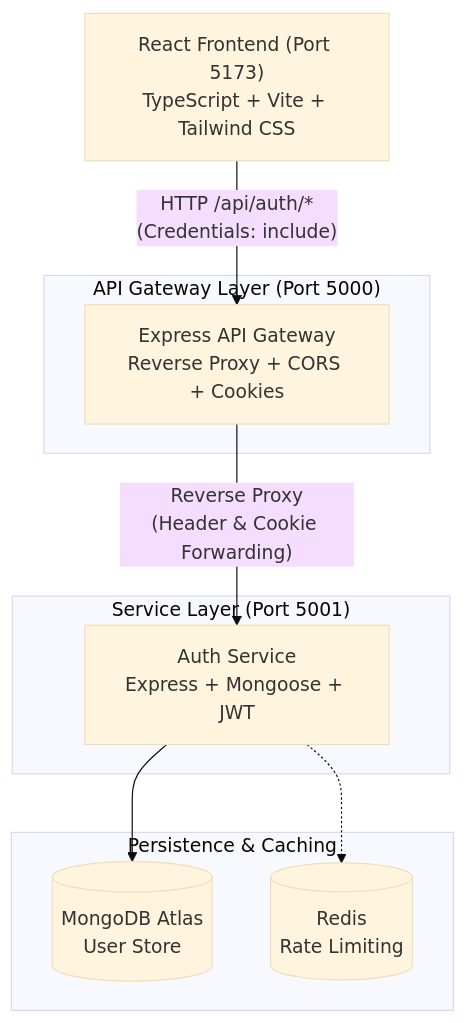
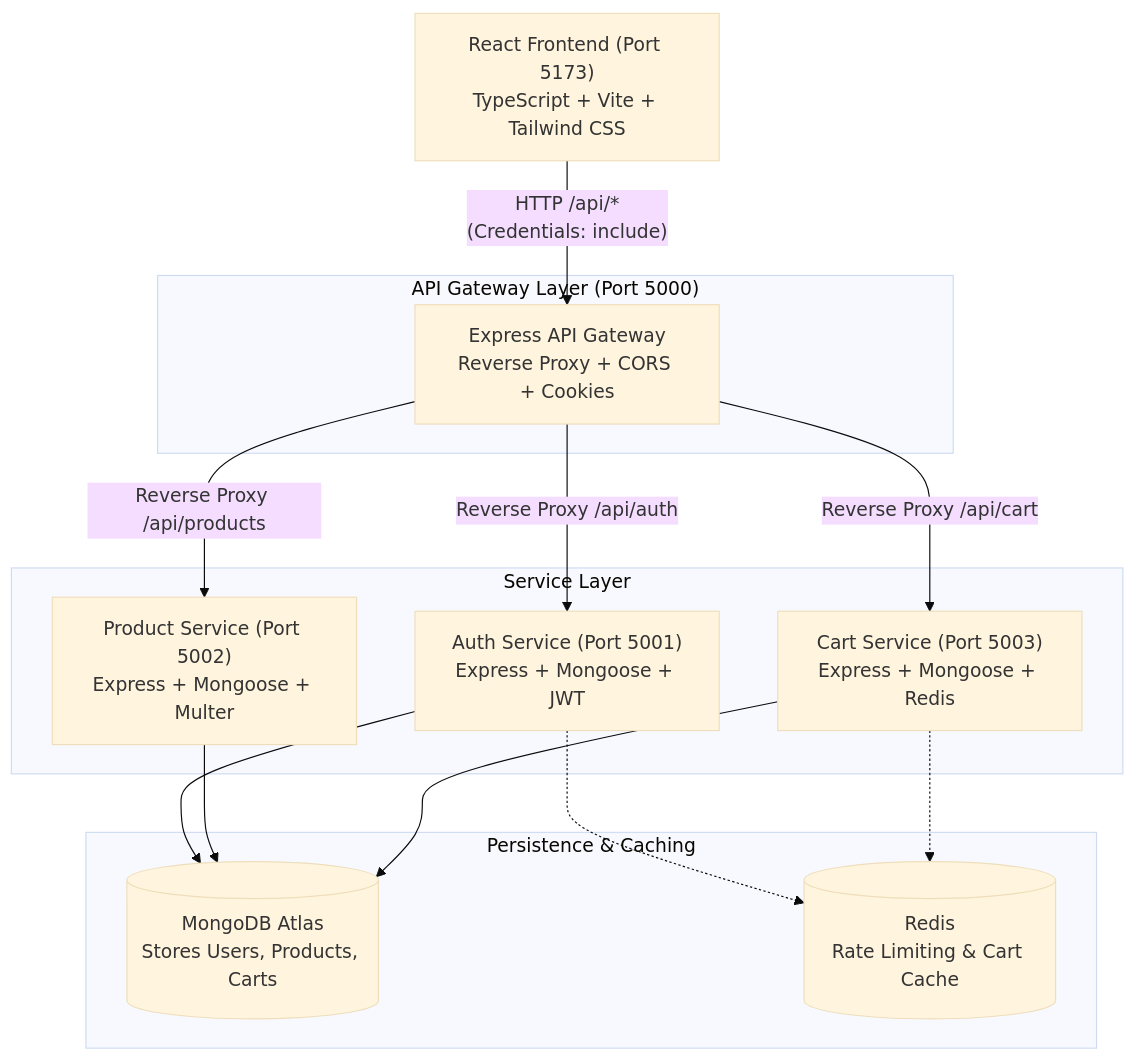
One commit to Next-Gen-Coder-2007/E-Commerce changed the first of 3 diagrams in README.md. Above: the diagram before and after it, drawn with Mermaid (base theme). The commit also changed other lines of this file and 1 other file, not shown here.

Commit message:
docs & polish: refine merchant image modal preview and update architecture documentation

````diff
--- a/README.md
+++ b/README.md
@@ -20,22 +20,29 @@
 ```mermaid
 flowchart TD
     Client["React Frontend (Port 5173)\nTypeScript + Vite + Tailwind CSS"]
     
     subgraph GatewayLayer["API Gateway Layer (Port 5000)"]
         Gateway["Express API Gateway\nReverse Proxy + CORS + Cookies"]
     end
 
-    subgraph ServiceLayer["Service Layer (Port 5001)"]
-        AuthService["Auth Service\nExpress + Mongoose + JWT"]
+    subgraph ServiceLayer["Service Layer"]
+        AuthService["Auth Service (Port 5001)\nExpress + Mongoose + JWT"]
+        ProductService["Product Service (Port 5002)\nExpress + Mongoose + Multer"]
+        CartService["Cart Service (Port 5003)\nExpress + Mongoose + Redis"]
     end
 
     subgraph DataLayer["Persistence & Caching"]
-        MongoDB[("MongoDB Atlas\nUser Store")]
-        Redis[("Redis\nRate Limiting")]
+        MongoDB[("MongoDB Atlas\nStores Users, Products, Carts")]
+        Redis[("Redis\nRate Limiting & Cart Cache")]
     end
 
-    Client -- "HTTP /api/auth/*\n(Credentials: include)" --> Gateway
-    Gateway -- "Reverse Proxy\n(Header & Cookie Forwarding)" --> AuthService
+    Client -- "HTTP /api/*\n(Credentials: include)" --> Gateway
+    Gateway -- "Reverse Proxy /api/auth" --> AuthService
+    Gateway -- "Reverse Proxy /api/products" --> ProductService
+    Gateway -- "Reverse Proxy /api/cart" --> CartService
     AuthService --> MongoDB
     AuthService -.-> Redis
+    ProductService --> MongoDB
+    CartService --> MongoDB
+    CartService -.-> Redis
 ```
````
